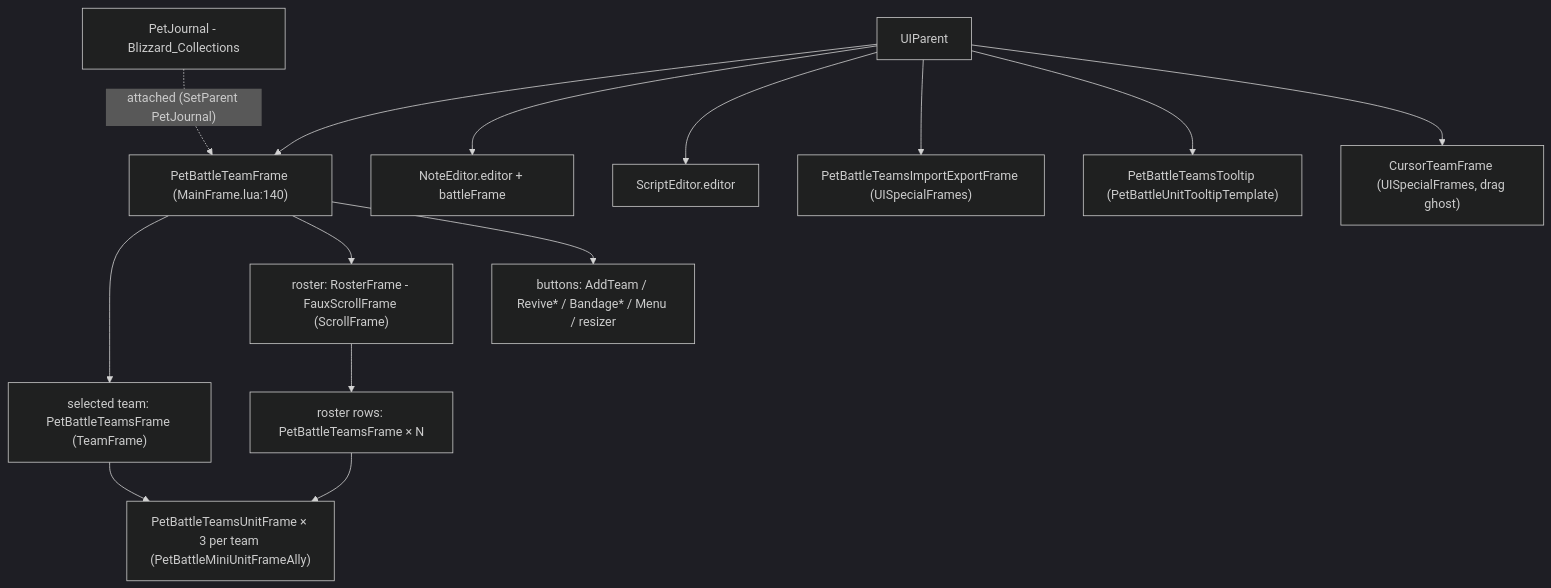
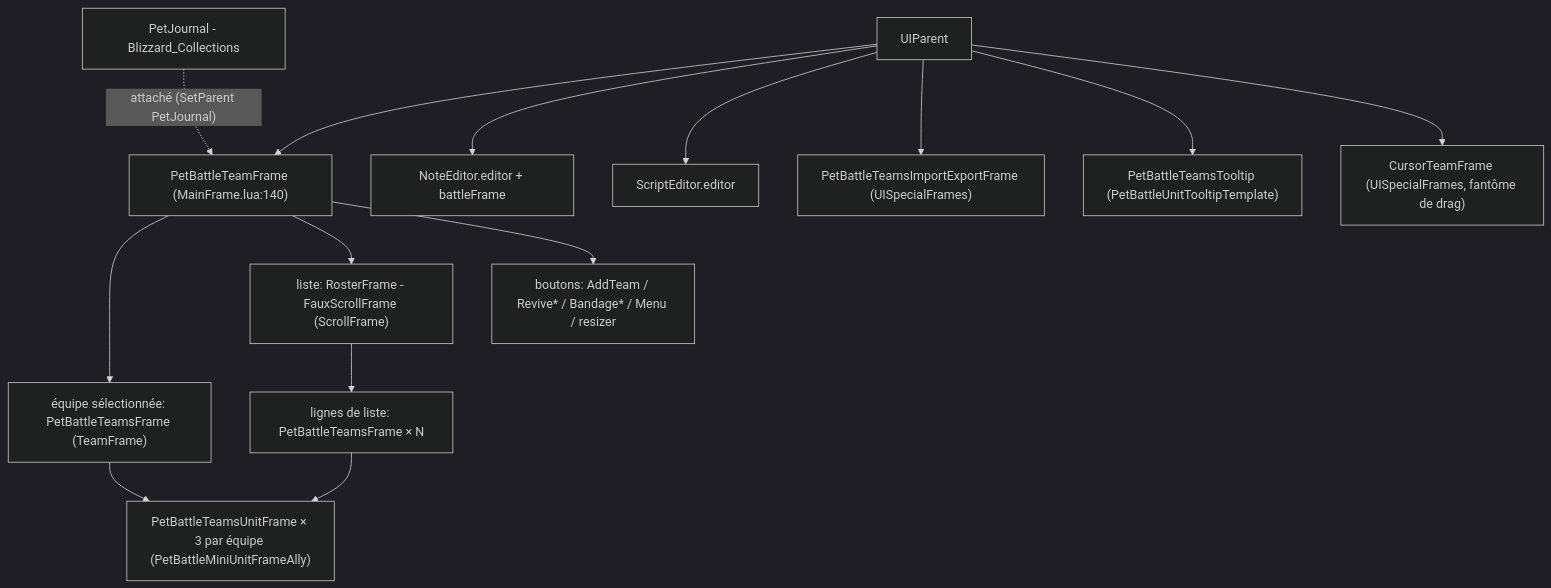
The third of 4 diagrams in docs/ARCHITECTURE.md (KaspOu/KPetBattle-Teams), drawn with Mermaid (dark theme) before and after one commit. The commit also changed other lines of this file and 2 other files, not shown here.

First line of the commit message:
docs: traduire AGENTS.md et docs/ARCHITECTURE.md en français

````diff
--- a/docs/ARCHITECTURE.md
+++ b/docs/ARCHITECTURE.md
@@ -325,30 +342,30 @@
 ```mermaid
 graph TD
   UIP[UIParent]
   PJ[PetJournal - Blizzard_Collections]
   MF["PetBattleTeamFrame (MainFrame.lua:140)"]
-  ST["selected team: PetBattleTeamsFrame (TeamFrame)"]
-  RS["roster: RosterFrame - FauxScrollFrame (ScrollFrame)"]
-  RT["roster rows: PetBattleTeamsFrame × N"]
-  UF["PetBattleTeamsUnitFrame × 3 per team (PetBattleMiniUnitFrameAlly)"]
-  BTN["buttons: AddTeam / Revive* / Bandage* / Menu / resizer"]
+  ST["équipe sélectionnée: PetBattleTeamsFrame (TeamFrame)"]
+  RS["liste: RosterFrame - FauxScrollFrame (ScrollFrame)"]
+  RT["lignes de liste: PetBattleTeamsFrame × N"]
+  UF["PetBattleTeamsUnitFrame × 3 par équipe (PetBattleMiniUnitFrameAlly)"]
+  BTN["boutons: AddTeam / Revive* / Bandage* / Menu / resizer"]
   NE["NoteEditor.editor + battleFrame"]
   SE["ScriptEditor.editor"]
   IE["PetBattleTeamsImportExportFrame (UISpecialFrames)"]
   TT["PetBattleTeamsTooltip (PetBattleUnitTooltipTemplate)"]
-  CF2["CursorTeamFrame (UISpecialFrames, drag ghost)"]
+  CF2["CursorTeamFrame (UISpecialFrames, fantôme de drag)"]
 
   UIP --> MF
-  PJ -. attached (SetParent PetJournal) .-> MF
+  PJ -. attaché (SetParent PetJournal) .-> MF
   MF --> ST
   MF --> RS
   RS --> RT
   RT --> UF
   ST --> UF
   MF --> BTN
   UIP --> NE
   UIP --> SE
   UIP --> IE
   UIP --> TT
   UIP --> CF2
 ```
````
